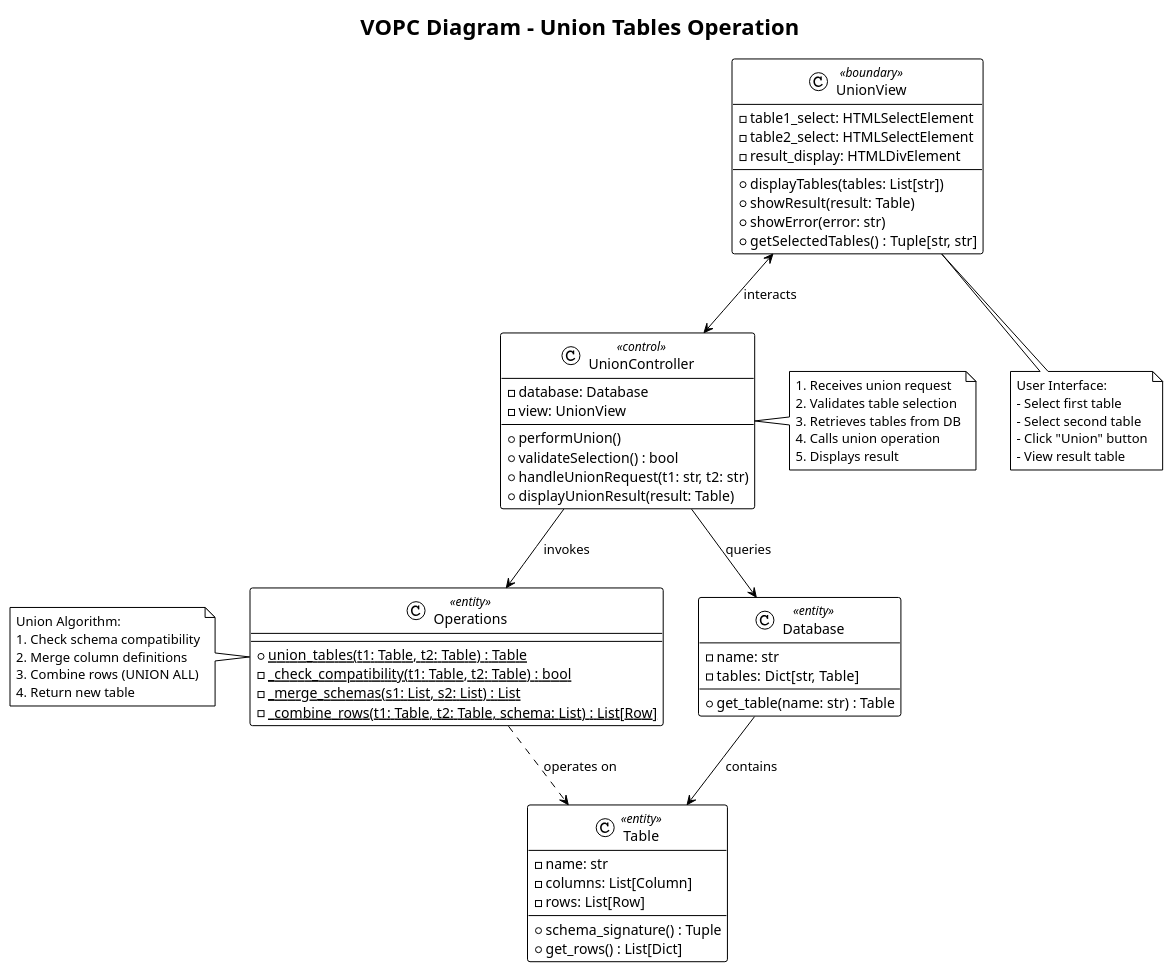
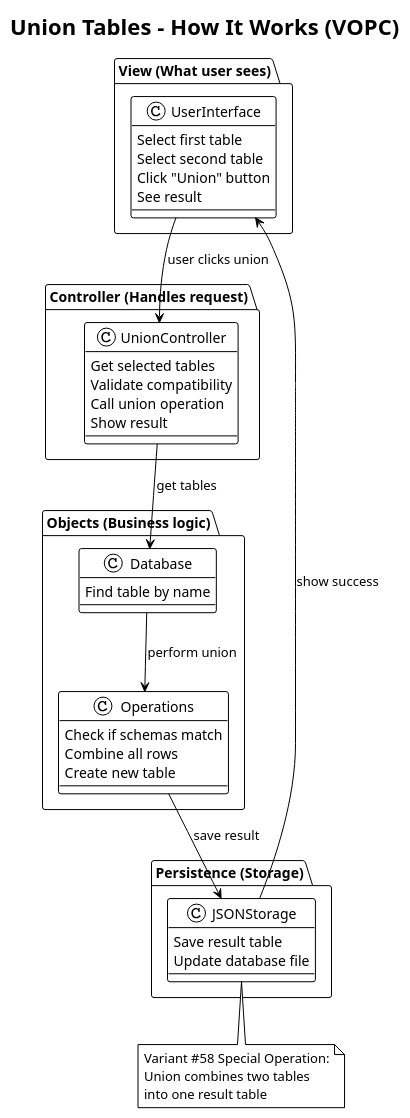
Before and after one commit to PavelShpagin/TDMS: the diagram in UML/03_vopc_union.puml, drawn with PlantUML. The commit also changed 26 other files, not shown here.

First line of the commit message:
Simplify and humanize UML diagrams based on actual code

```diff
--- a/UML/03_vopc_union.puml
+++ b/UML/03_vopc_union.puml
@@ -1,85 +1,54 @@
 @startuml vopc_union
 !theme plain
-title VOPC Diagram - Union Tables Operation
+title Union Tables - How It Works (VOPC)
 
-' View
-class UnionView <<boundary>> {
-  - table1_select: HTMLSelectElement
-  - table2_select: HTMLSelectElement
-  - result_display: HTMLDivElement
-  --
-  + displayTables(tables: List[str])
-  + showResult(result: Table)
-  + showError(error: str)
-  + getSelectedTables() : Tuple[str, str]
+package "View (What user sees)" {
+  class UserInterface {
+    Select first table
+    Select second table
+    Click "Union" button
+    See result
+  }
 }
 
-' Controller
-class UnionController <<control>> {
-  - database: Database
-  - view: UnionView
-  --
-  + performUnion()
-  + validateSelection() : bool
-  + handleUnionRequest(t1: str, t2: str)
-  + displayUnionResult(result: Table)
+package "Controller (Handles request)" {
+  class UnionController {
+    Get selected tables
+    Validate compatibility
+    Call union operation
+    Show result
+  }
 }
 
-' Persistence (Model)
-class Database <<entity>> {
-  - name: str
-  - tables: Dict[str, Table]
-  --
-  + get_table(name: str) : Table
+package "Objects (Business logic)" {
+  class Database {
+    Find table by name
+  }
+  
+  class Operations {
+    Check if schemas match
+    Combine all rows
+    Create new table
+  }
 }
 
-class Table <<entity>> {
-  - name: str
-  - columns: List[Column]
-  - rows: List[Row]
-  --
-  + schema_signature() : Tuple
-  + get_rows() : List[Dict]
+package "Persistence (Storage)" {
+  class JSONStorage {
+    Save result table
+    Update database file
+  }
 }
 
-class Operations <<entity>> {
-  --
-  + {static} union_tables(t1: Table, t2: Table) : Table
-  - {static} _check_compatibility(t1: Table, t2: Table) : bool
-  - {static} _merge_schemas(s1: List, s2: List) : List
-  - {static} _combine_rows(t1: Table, t2: Table, schema: List) : List[Row]
-}
+UserInterface --> UnionController : user clicks union
+UnionController --> Database : get tables
+Database --> Operations : perform union
+Operations --> JSONStorage : save result
+JSONStorage --> UserInterface : show success
 
-' Object relationships
-UnionView <--> UnionController : interacts
-UnionController --> Database : queries
-UnionController --> Operations : invokes
-Database --> Table : contains
-Operations ..> Table : operates on
-
-' Sequence flow annotations
-note right of UnionController
-  1. Receives union request
-  2. Validates table selection
-  3. Retrieves tables from DB
-  4. Calls union operation
-  5. Displays result
-end note
-
-note left of Operations
-  Union Algorithm:
-  1. Check schema compatibility
-  2. Merge column definitions
-  3. Combine rows (UNION ALL)
-  4. Return new table
-end note
-
-note bottom of UnionView
-  User Interface:
-  - Select first table
-  - Select second table
-  - Click "Union" button
-  - View result table
+note bottom
+  Variant #58 Special Operation:
+  Union combines two tables
+  into one result table
 end note
 
 @enduml
```
